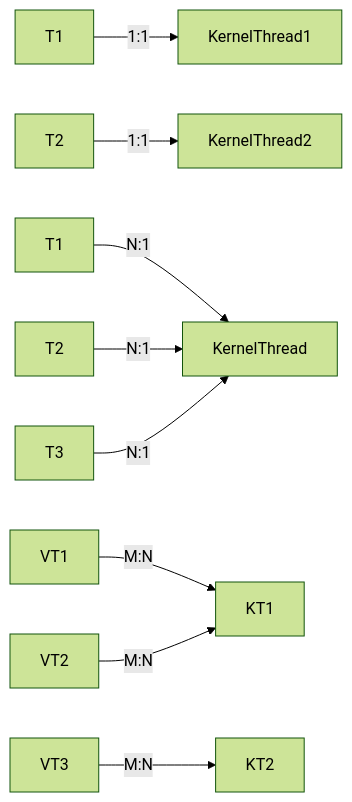
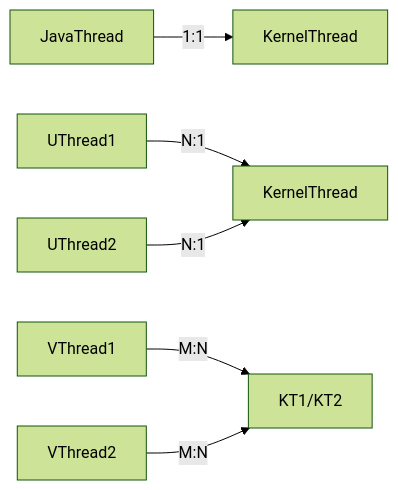
The second of 17 diagrams in _posts/java/2026-05-01-java-thread.md (yjkim2015/yjkim2015.github.io), drawn with Mermaid (forest theme) before and after one commit. The commit also changed other lines of this file and 163 other files, not shown here.

First line of the commit message:
Mermaid 300개 블록 내용 축소: 5노드 5엣지 이하, 의미 있는 약어

````diff
--- a/_posts/java/2026-05-01-java-thread.md
+++ b/_posts/java/2026-05-01-java-thread.md
@@ -49,11 +49,6 @@
 ```mermaid
 graph LR
-    T1 -->|1:1| KT1[KernelThread1]
-    T2 -->|1:1| KT2[KernelThread2]
-    U1[T1] -->|N:1| KU1[KernelThread]
-    U2[T2] -->|N:1| KU1
-    U3[T3] -->|N:1| KU1
-    VT1 -->|M:N| KV1[KT1]
-    VT2 -->|M:N| KV1
-    VT3 -->|M:N| KV2[KT2]
+    T1["JavaThread"] -->|1:1| KT1["KernelThread"]
+    U1["UThread1"] & U2["UThread2"] -->|N:1| KU["KernelThread"]
+    VT1["VThread1"] & VT2["VThread2"] -->|M:N| KV["KT1/KT2"]
 ```
````
